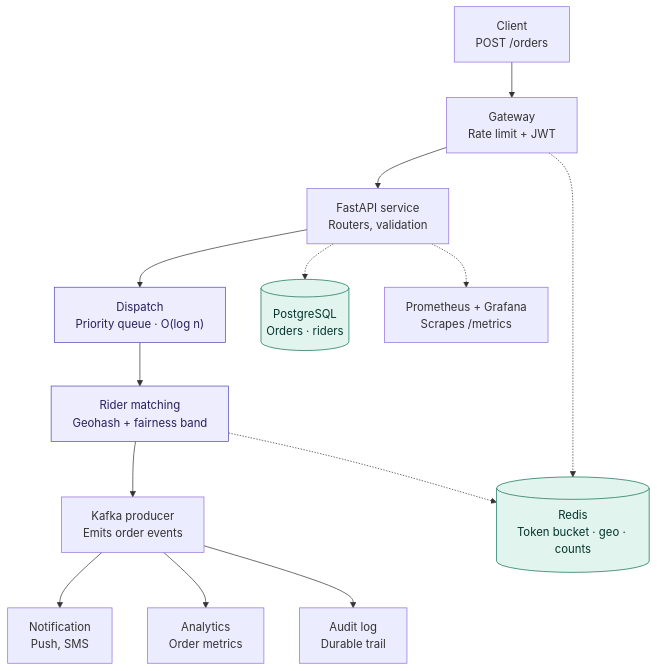
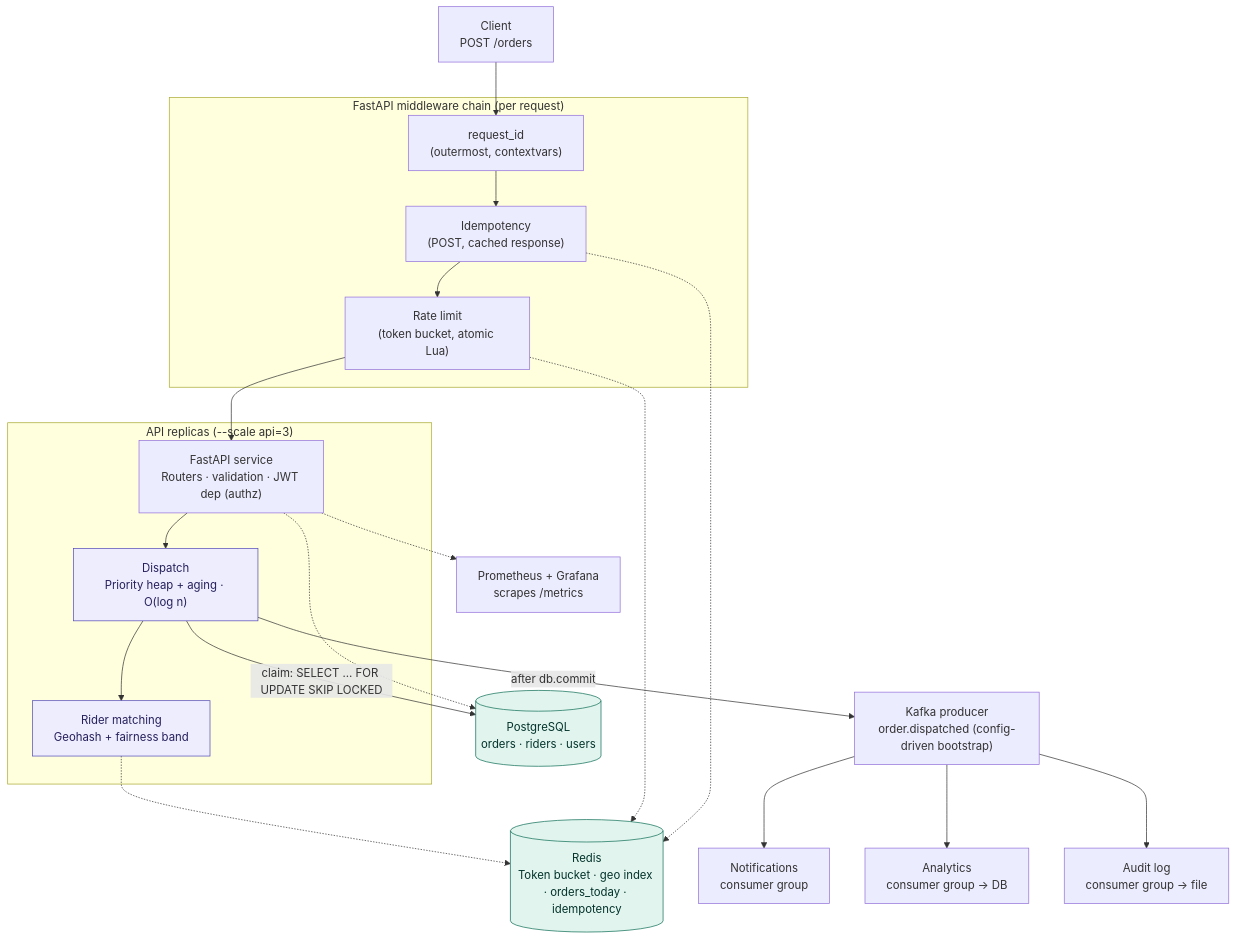
One commit to Shoryagg7/deliveriq changed the diagram in README.md. Above: the diagram before and after it, drawn with Mermaid.

Commit message:
Enhance README flowchart with middleware and replicas
Updated flowchart to include middleware and replicas.

````diff
--- a/README.md
+++ b/README.md
@@ -13,31 +13,44 @@
 ```mermaid
 flowchart TD
     Client["Client<br/>POST /orders"]
-    Gateway["Gateway<br/>Rate limit + JWT"]
-    API["FastAPI service<br/>Routers, validation"]
-    Dispatch["Dispatch<br/>Priority queue · O(log n)"]
-    Match["Rider matching<br/>Geohash + fairness band"]
-    Kafka["Kafka producer<br/>Emits order events"]
 
-    Redis[("Redis<br/>Token bucket · geo · counts")]
-    Postgres[("PostgreSQL<br/>Orders · riders")]
-    Obs["Prometheus + Grafana<br/>Scrapes /metrics"]
+    subgraph MW["FastAPI middleware chain (per request)"]
+        ReqID["request_id<br/>(outermost, contextvars)"]
+        Idem["Idempotency<br/>(POST, cached response)"]
+        RL["Rate limit<br/>(token bucket, atomic Lua)"]
+    end
 
-    Notif["Notification<br/>Push, SMS"]
-    Analytics["Analytics<br/>Order metrics"]
-    Audit["Audit log<br/>Durable trail"]
+    subgraph REPLICAS["API replicas (--scale api=3)"]
+        API["FastAPI service<br/>Routers · validation · JWT dep (authz)"]
+        Dispatch["Dispatch<br/>Priority heap + aging · O(log n)"]
+        Match["Rider matching<br/>Geohash + fairness band"]
+    end
 
-    Client --> Gateway --> API --> Dispatch --> Match --> Kafka
-    Gateway -.-> Redis
+    Kafka["Kafka producer<br/>order.dispatched (config-driven bootstrap)"]
+    Redis[("Redis<br/>Token bucket · geo index · orders_today · idempotency")]
+    Postgres[("PostgreSQL<br/>orders · riders · users")]
+    Obs["Prometheus + Grafana<br/>scrapes /metrics"]
+
+    Notif["Notifications<br/>consumer group"]
+    Analytics["Analytics<br/>consumer group → DB"]
+    Audit["Audit log<br/>consumer group → file"]
+
+    Client --> ReqID --> Idem --> RL --> API
+    API --> Dispatch
+    Dispatch -->|"claim: SELECT … FOR UPDATE SKIP LOCKED"| Postgres
+    Dispatch --> Match
     Match -.-> Redis
+    Dispatch -->|"after db.commit"| Kafka
+    RL -.-> Redis
+    Idem -.-> Redis
     API -.-> Postgres
     API -.-> Obs
     Kafka --> Notif
     Kafka --> Analytics
     Kafka --> Audit
 
     classDef algo fill:#EEEDFE,stroke:#534AB7,color:#26215C;
     classDef store fill:#E1F5EE,stroke:#0F6E56,color:#04342C;
     class Dispatch,Match algo;
     class Redis,Postgres store;
 ```
````
